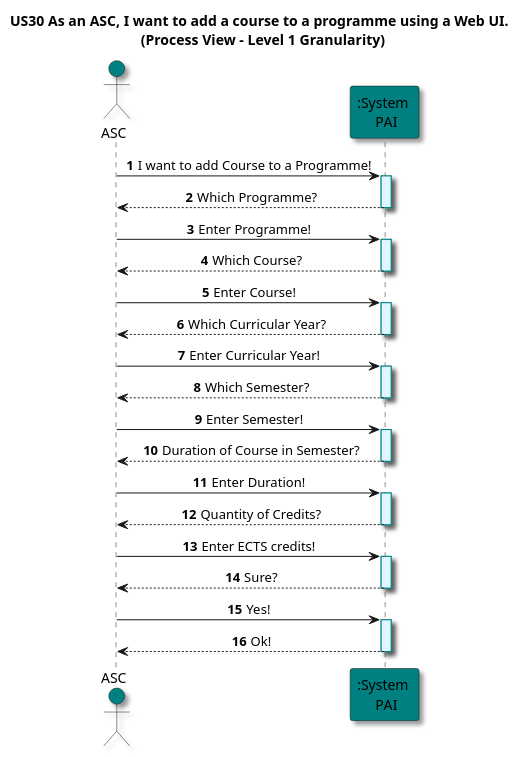
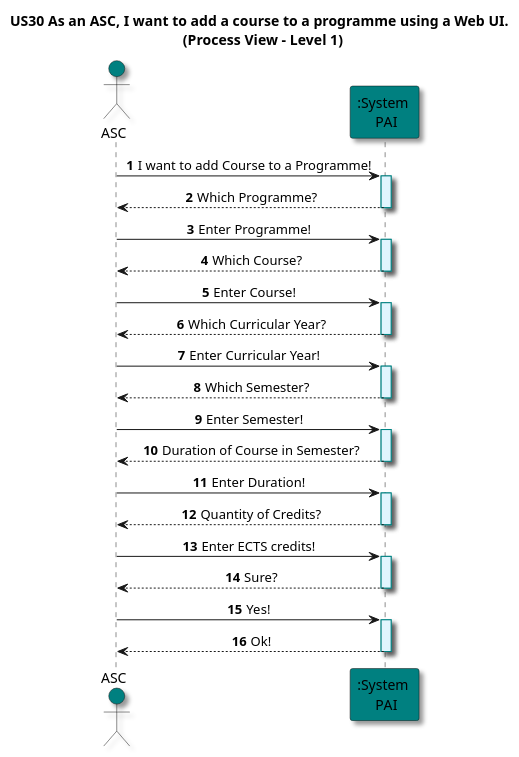
Before and after one commit to GasparISEP/DevOps-PAI: the diagram in docs/US30/Sprint_6_REST_API/Process View/Level1Granularity.puml, drawn with PlantUML. The commit also changed 1 other file, not shown here.

Commit message:
[docs]: Update Level1Granularity.puml and Level2Granularity.puml diagrams from Process View #567 #571

```diff
--- a/docs/US30/Sprint_6_REST_API/Process View/Level1Granularity.puml
+++ b/docs/US30/Sprint_6_REST_API/Process View/Level1Granularity.puml
@@ -1,59 +1,59 @@
 @startuml
 
-title US30 As an ASC, I want to add a course to a programme using a Web UI. \n (Process View - Level 1 Granularity)
+title US30 As an ASC, I want to add a course to a programme using a Web UI. \n (Process View - Level 1)
 skinparam defaultTextAlignment center
 skinparam shadowing true
 
 autonumber
 
 actor ASC as admin #teal
 participant ":System \n PAI" as System #teal
 
 admin -> System: I want to add Course to a Programme!
 activate System #E1F5FE #teal
 
 System --> admin: Which Programme?
 deactivate System #teal
 
 admin -> System: Enter Programme!
 activate System #E1F5FE #teal
 
 System --> admin: Which Course?
 deactivate System
 
 admin -> System: Enter Course!
 activate System #E1F5FE #teal
 
 System --> admin: Which Curricular Year?
 deactivate System
 
 admin -> System: Enter Curricular Year!
 activate System #E1F5FE #teal
 
 System --> admin: Which Semester?
 deactivate System
 
 admin -> System: Enter Semester!
 activate System #E1F5FE #teal
 
 System --> admin: Duration of Course in Semester?
 deactivate System
 
 admin -> System: Enter Duration!
 activate System #E1F5FE #teal
 
 System --> admin: Quantity of Credits?
 deactivate System
 
 admin -> System: Enter ECTS credits!
 activate System #E1F5FE #teal
 
 System --> admin: Sure?
 deactivate System
 
 admin -> System: Yes!
 activate System #E1F5FE #teal
 
 System --> admin: Ok!
 deactivate System
 @enduml
```
